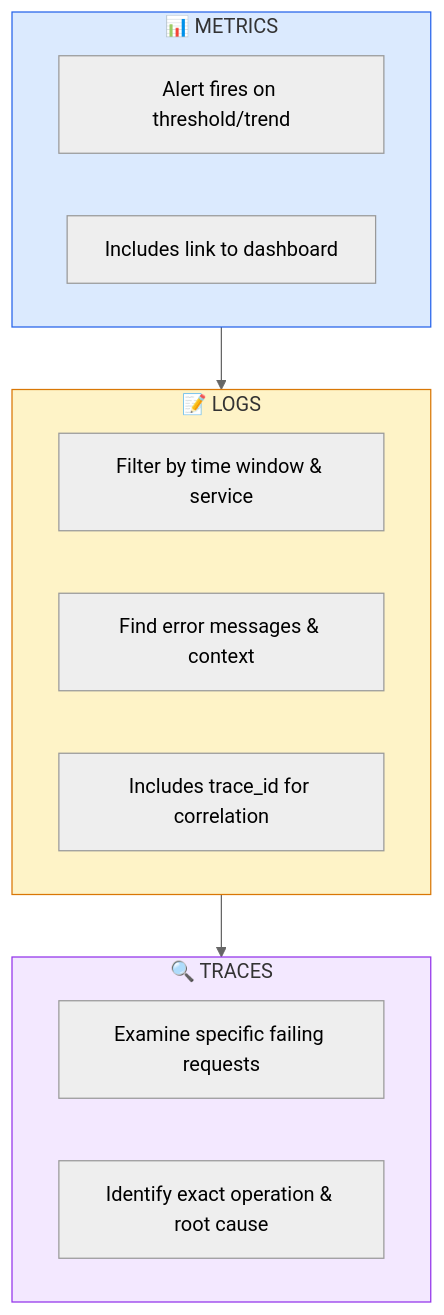
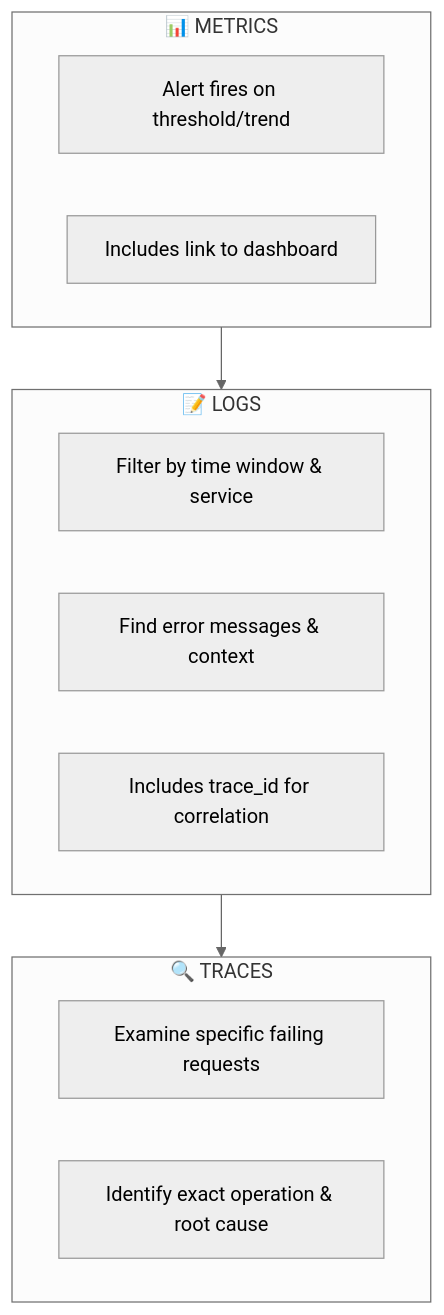
The sixth of 6 diagrams in docs/observability/alerting.md (shivam-g-mishra/blog), drawn with Mermaid (neutral theme) before and after one commit. The commit also changed other lines of this file and 23 other files, not shown here.

First line of the commit message:
fix: improve Mermaid diagram visibility in dark mode

````diff
--- a/docs/observability/alerting.md
+++ b/docs/observability/alerting.md
@@ -813,25 +788,21 @@
 ```mermaid
 flowchart TB
     subgraph metrics["📊 METRICS"]
         m1["Alert fires on threshold/trend"]
         m2["Includes link to dashboard"]
     end
     
     subgraph logs["📝 LOGS"]
         l1["Filter by time window & service"]
         l2["Find error messages & context"]
         l3["Includes trace_id for correlation"]
     end
     
     subgraph traces["🔍 TRACES"]
         t1["Examine specific failing requests"]
         t2["Identify exact operation & root cause"]
     end
     
     metrics --> logs
     logs --> traces
-    
-    style metrics fill:#dbeafe,stroke:#2563eb
-    style logs fill:#fef3c7,stroke:#d97706
-    style traces fill:#f3e8ff,stroke:#9333ea
 ```
````
